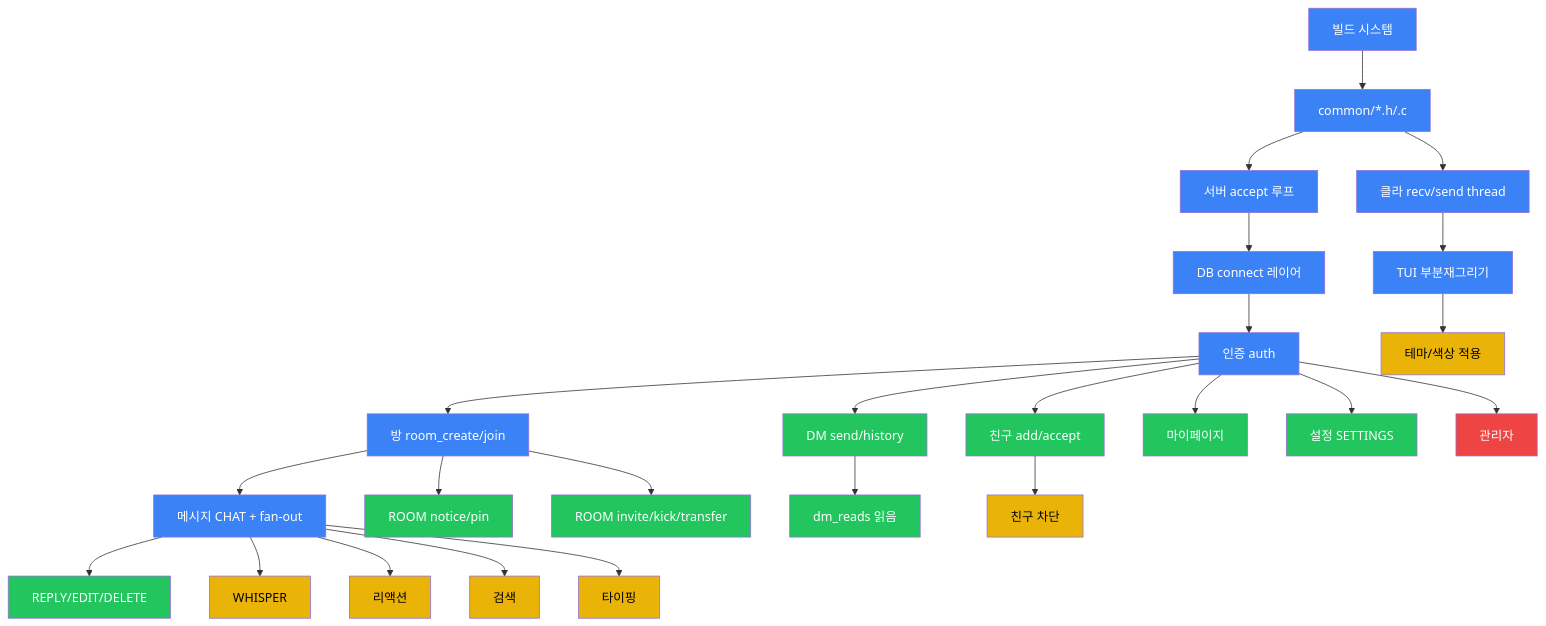
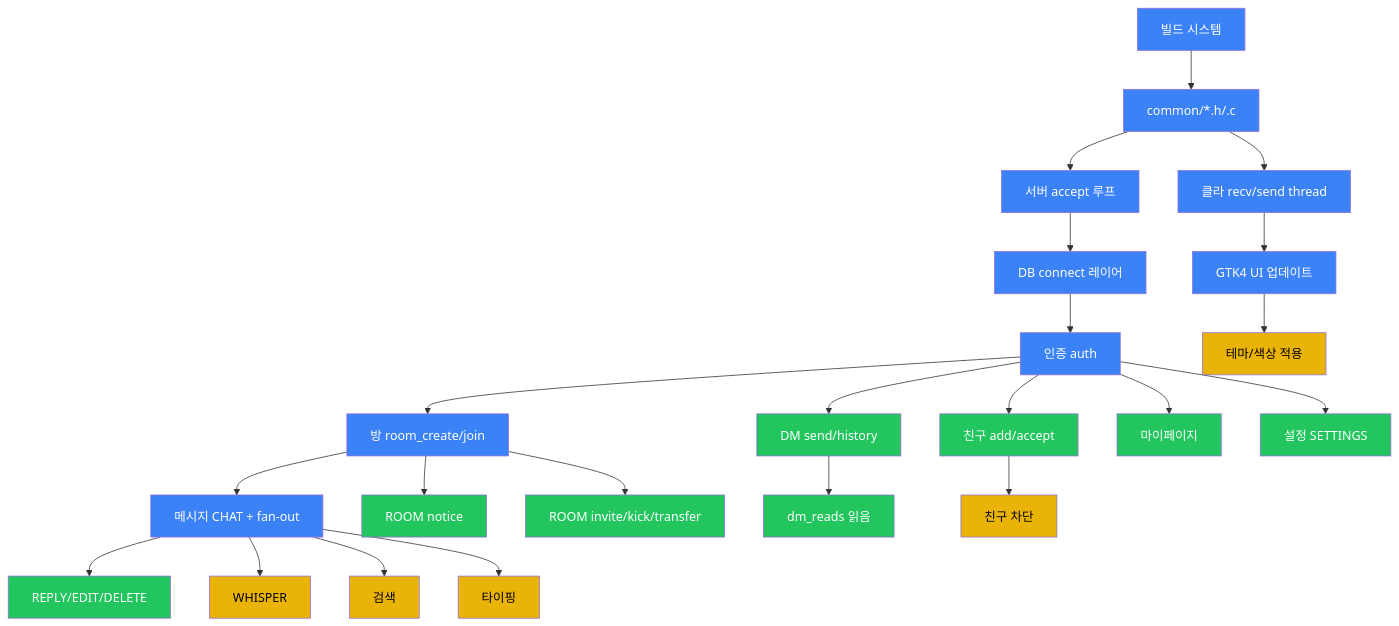
The diagram in docs/10_todo_list/dependencies.md (gu2417/test), drawn with Mermaid before and after one commit. The commit also changed 37 other files, not shown here.

````diff
--- a/docs/10_todo_list/dependencies.md
+++ b/docs/10_todo_list/dependencies.md
@@ -5,35 +5,31 @@
 ```mermaid
 graph TD
     A[빌드 시스템] --> B[common/*.h/.c]
     B --> C[서버 accept 루프]
     B --> D[클라 recv/send thread]
     C --> E[DB connect 레이어]
     E --> F[인증 auth]
     F --> G[방 room_create/join]
     F --> H[DM send/history]
     G --> I[메시지 CHAT + fan-out]
     I --> J[REPLY/EDIT/DELETE]
     I --> K[WHISPER]
     H --> L[dm_reads 읽음]
     F --> M[친구 add/accept]
     M --> N[친구 차단]
-    G --> O[ROOM notice/pin]
+    G --> O[ROOM notice]
     G --> P[ROOM invite/kick/transfer]
     F --> Q[마이페이지]
     F --> R[설정 SETTINGS]
-    I --> S[리액션]
     I --> T[검색]
     I --> U[타이핑]
-    F --> V[관리자]
-    D --> W[TUI 부분재그리기]
+    D --> W[GTK4 UI 업데이트]
     W --> X[테마/색상 적용]
 
     classDef p0 fill:#3b82f6,color:#fff
     classDef p1 fill:#22c55e,color:#fff
     classDef p2 fill:#eab308,color:#000
-    classDef p3 fill:#ef4444,color:#fff
     class A,B,C,D,E,F,G,I,W p0
     class H,J,L,M,O,P,Q,R p1
-    class K,S,T,U,N,X p2
-    class V p3
+    class K,T,U,N,X p2
 ```
````
